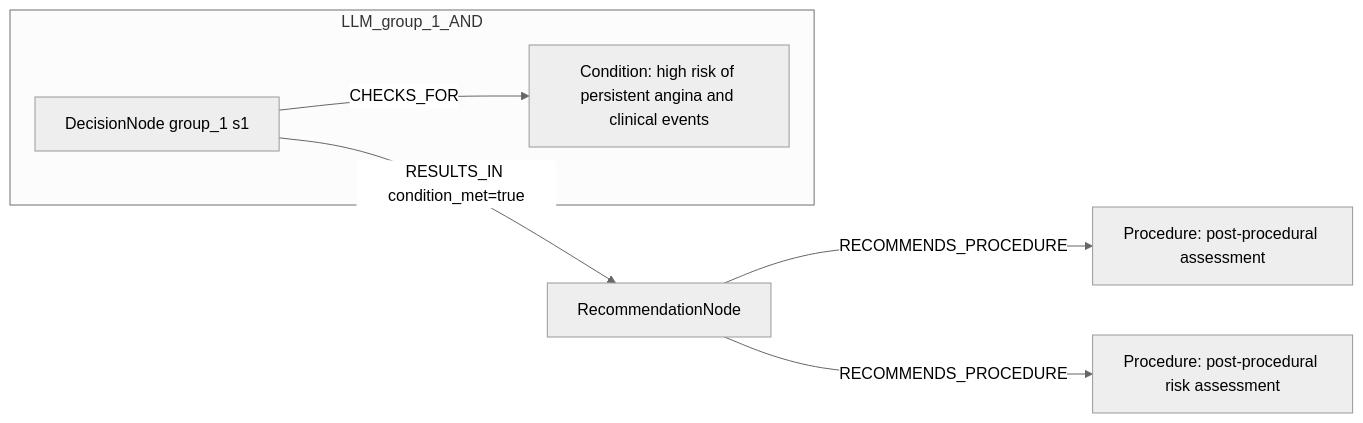
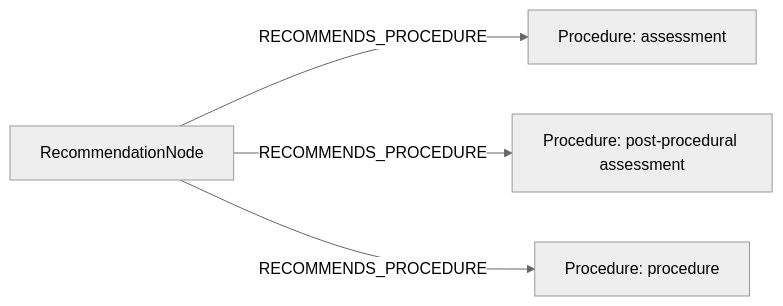
The second of 2 diagrams in docs/table22_rows_comparison/row_18.md (dieterich-lab/CardioGuidelinesGraph), drawn with Mermaid (neutral theme) before and after one commit. The commit also changed other lines of this file and 20 other files, not shown here.

````diff
--- a/docs/table22_rows_comparison/row_18.md
+++ b/docs/table22_rows_comparison/row_18.md
@@ -212,14 +203,10 @@
 ```mermaid
 graph LR
   REC[RecommendationNode]
-  ACT1[Procedure: post-procedural assessment]
+  ACT1[Procedure: assessment]
   REC -->|RECOMMENDS_PROCEDURE| ACT1
-  ACT2[Procedure: post-procedural risk assessment]
+  ACT2[Procedure: post-procedural assessment]
   REC -->|RECOMMENDS_PROCEDURE| ACT2
-  subgraph LLM_group_1_AND
-    D_group_1_1[DecisionNode group_1 s1]
-    C_group_1_1[Condition: high risk of persistent angina and clinical events]
-    D_group_1_1 -->|CHECKS_FOR| C_group_1_1
-  end
-  D_group_1_1 -->|RESULTS_IN condition_met=true| REC
+  ACT3[Procedure: procedure]
+  REC -->|RECOMMENDS_PROCEDURE| ACT3
 ```
````
